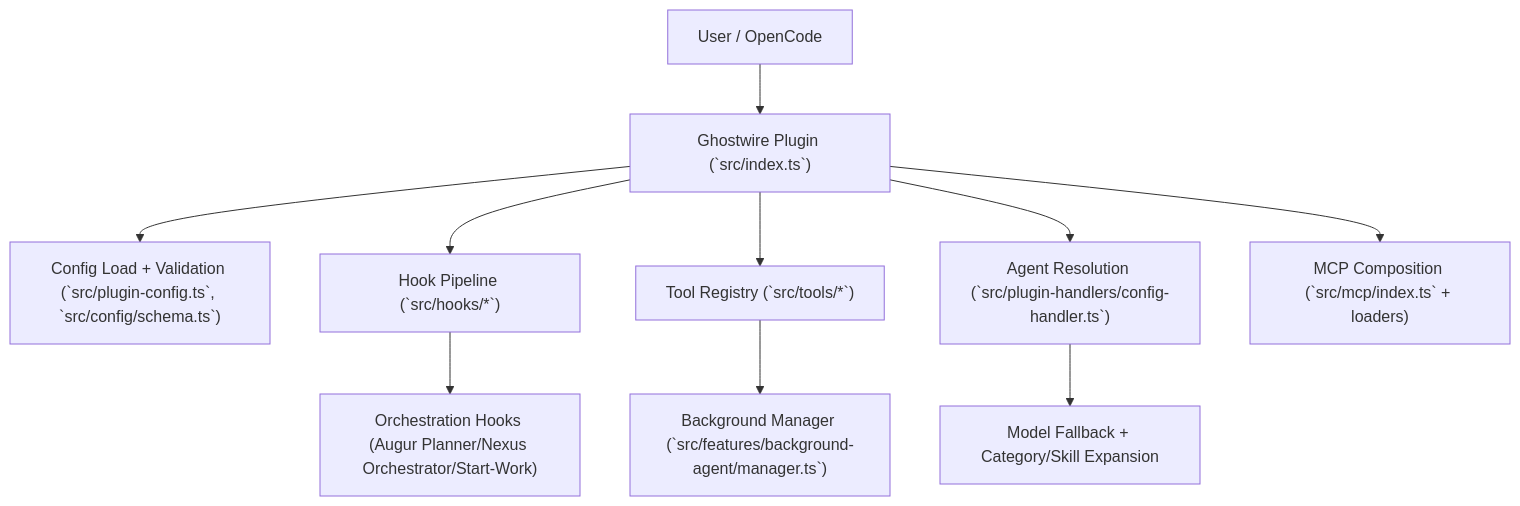
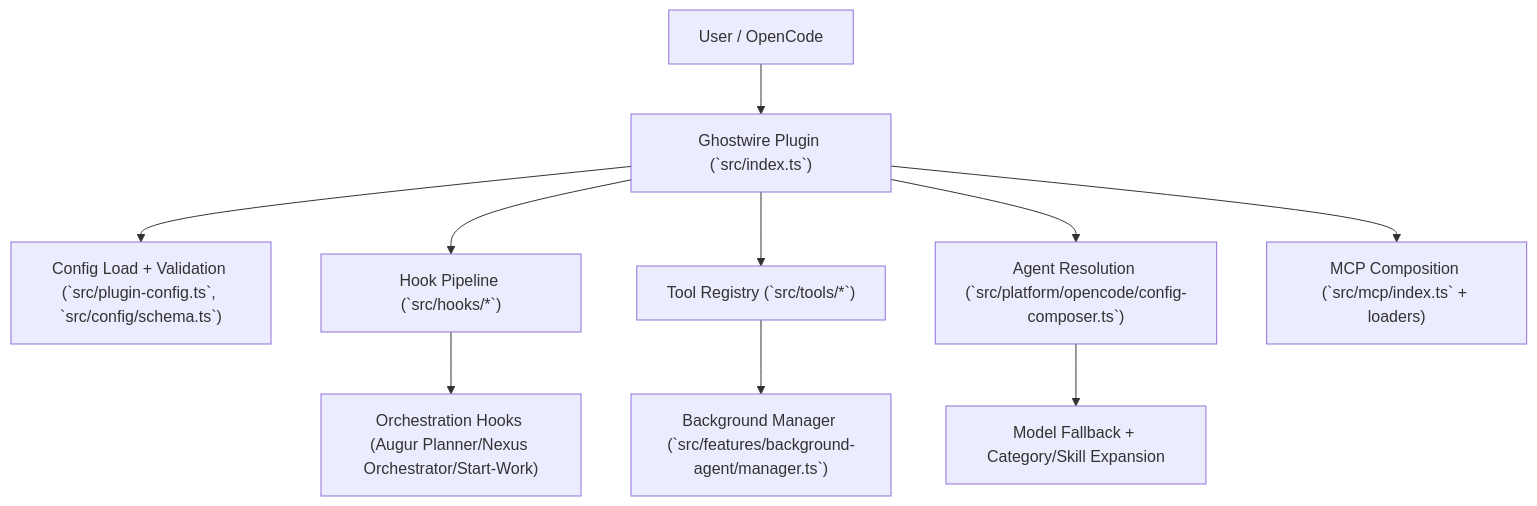
Before and after one commit to hackefeller/ghostwire: the diagram in docs/architecture/system-deep-dive.md, drawn with Mermaid. The commit also changed other lines of this file and 321 other files, not shown here.

````diff
--- a/docs/architecture/system-deep-dive.md
+++ b/docs/architecture/system-deep-dive.md
@@ -25,12 +25,12 @@
 ```mermaid
 flowchart TD
     U["User / OpenCode"] --> P["Ghostwire Plugin (`src/index.ts`)"]
     P --> C["Config Load + Validation (`src/plugin-config.ts`, `src/config/schema.ts`)"]
     P --> H["Hook Pipeline (`src/hooks/*`)"]
     P --> T["Tool Registry (`src/tools/*`)"]
-    P --> A["Agent Resolution (`src/plugin-handlers/config-handler.ts`)"]
+    P --> A["Agent Resolution (`src/platform/opencode/config-composer.ts`)"]
     A --> M["Model Fallback + Category/Skill Expansion"]
     T --> B["Background Manager (`src/features/background-agent/manager.ts`)"]
     H --> O["Orchestration Hooks (Augur Planner/Nexus Orchestrator/Start-Work)"]
     P --> MCP["MCP Composition (`src/mcp/index.ts` + loaders)"]
 ```
````
